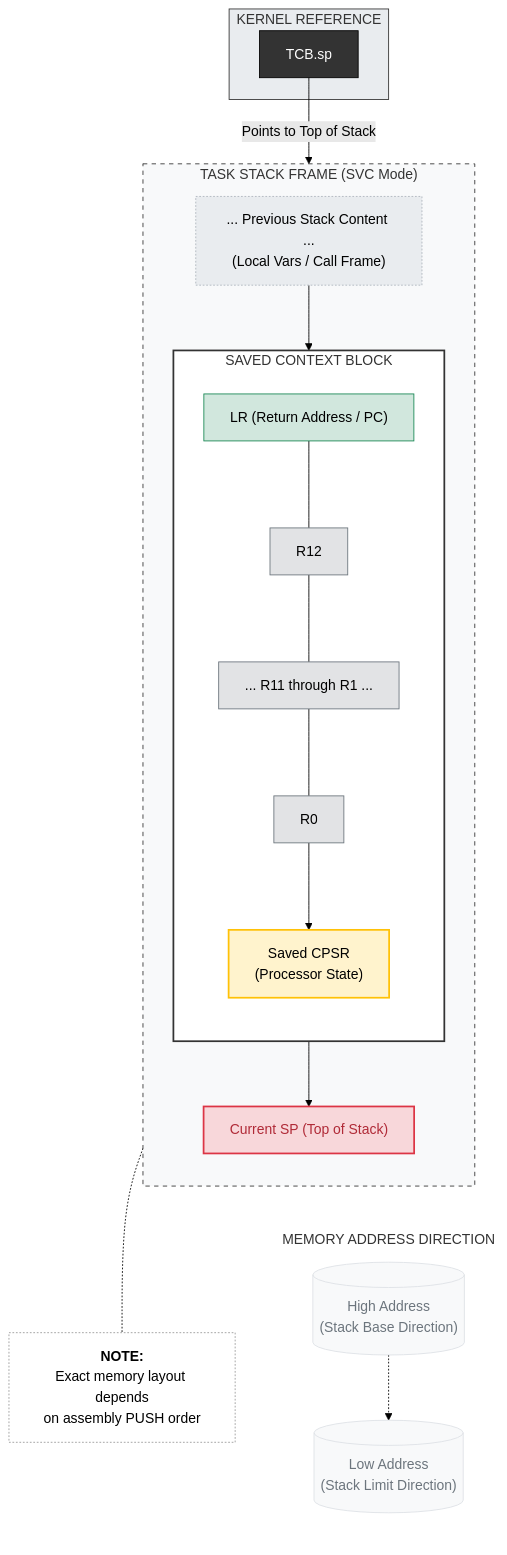
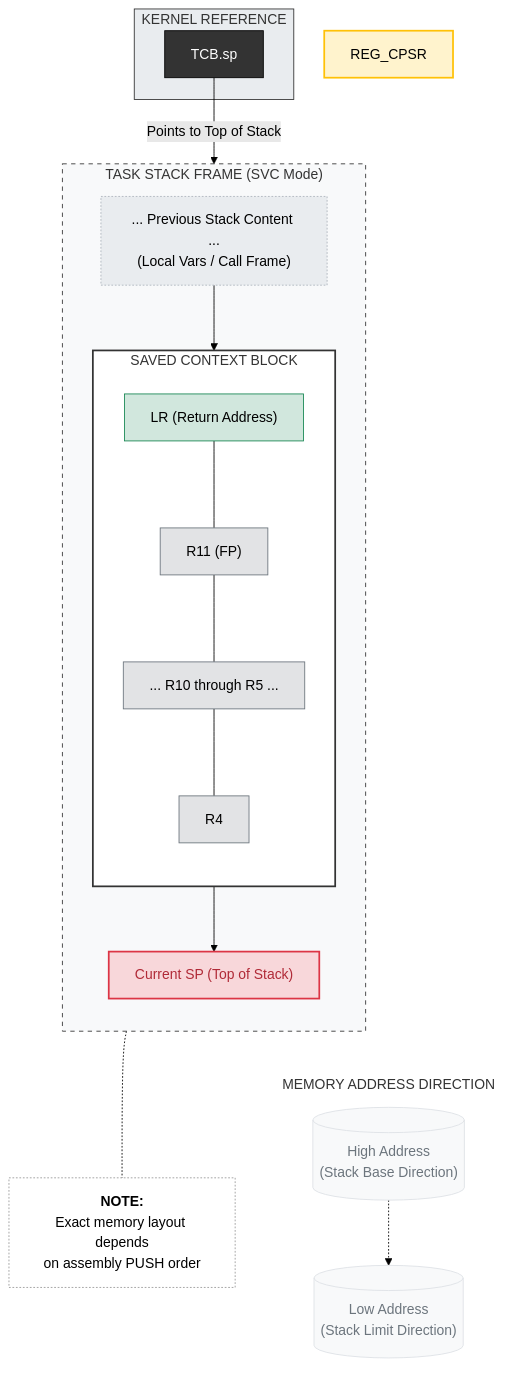
Before and after one commit to Vinalinux-Org/RefARM-OS: the diagram in docs/05_scheduler/diagram/context_switch_stack_frame.mmd, drawn with Mermaid (forest theme). The commit also changed 5 other files, not shown here.

Commit message:
docs: update the  scheduler docs and diagrams

```diff
--- a/docs/05_scheduler/diagram/context_switch_stack_frame.mmd
+++ b/docs/05_scheduler/diagram/context_switch_stack_frame.mmd
@@ -1,93 +1,92 @@
 flowchart TD
     %% =========================================
     %% LAYOUT DEFINITIONS
     %% =========================================
     
     %% --- ADDRESS SPACE ---
     subgraph ADDRESS_SPACE ["MEMORY ADDRESS DIRECTION"]
         direction TB
         HighAddr[("High Address<br/>(Stack Base Direction)")]
         LowAddr[("Low Address<br/>(Stack Limit Direction)")]
         
         HighAddr -.-> LowAddr
     end
 
     %% --- STACK FRAME STRUCTURE ---
     subgraph STACK_FRAME ["TASK STACK FRAME (SVC Mode)"]
         direction TB
         
         %% 1. Previous Stack Content
         PREV_STACK["... Previous Stack Content ...<br/>(Local Vars / Call Frame)"]
         
         %% 2. The Context Block
         subgraph CONTEXT_BLOCK ["SAVED CONTEXT BLOCK"]
             direction TB
             
-            %% Registers (General Purpose)
-            REG_LR["LR (Return Address / PC)"]
-            REG_GPR_HIGH["R12"]
-            REG_GPR_MID["... R11 through R1 ..."]
-            REG_GPR_LOW["R0"]
+            %% Registers (Callee-Saved)
+            REG_LR["LR (Return Address)"]
+            REG_GPR_HIGH["R11 (FP)"]
+            REG_GPR_MID["... R10 through R5 ..."]
+            REG_GPR_LOW["R4"]
             
-            %% Saved State (Label Updated)
-            REG_CPSR["Saved CPSR<br/>(Processor State)"]
+            %% Note: No generic R0-R3 or CPSR needed
+            %% Just standard function call frame
         end
         
         %% 3. Stack Pointer
         SP_PTR["Current SP (Top of Stack)"]
     end
 
     %% --- TCB CONNECTION ---
     subgraph KERNEL ["KERNEL REFERENCE"]
         TCB_SP["TCB.sp"]
     end
     
     %% --- IMPLEMENTATION NOTE (New) ---
     NOTE["<b>NOTE:</b><br/>Exact memory layout depends<br/>on assembly PUSH order"]
 
     %% =========================================
     %% CONNECTIONS
     %% =========================================
     %% Address Flow
     HighAddr ~~~ PREV_STACK
     
     %% Stack Growth
     PREV_STACK --> REG_LR
     REG_LR --- REG_GPR_HIGH --- REG_GPR_MID --- REG_GPR_LOW
-    REG_GPR_LOW --> REG_CPSR
-    REG_CPSR --> SP_PTR
+    REG_GPR_LOW --> SP_PTR
     SP_PTR ~~~ LowAddr
 
     %% TCB Pointer Logic
-    TCB_SP -->|Points to Top of Stack| REG_CPSR
+    TCB_SP -->|Points to Top of Stack| REG_GPR_LOW
     
     %% Note Connection
     CONTEXT_BLOCK -.- NOTE
 
     %% =========================================
     %% STYLING (Engineering Standard)
     %% =========================================
     %% Address Markers
     style ADDRESS_SPACE fill:#fff,stroke:none
     style HighAddr fill:#f8f9fa,stroke:#dee2e6,color:#6c757d
     style LowAddr fill:#f8f9fa,stroke:#dee2e6,color:#6c757d
 
     %% Stack Memory
     style STACK_FRAME fill:#f8f9fa,stroke:#333,stroke-dasharray: 5 5
     style PREV_STACK fill:#e9ecef,stroke:#adb5bd,stroke-dasharray: 2 2
     
     %% Context Block
     style CONTEXT_BLOCK fill:#fff,stroke:#333,stroke-width:2px
     style REG_LR fill:#d1e7dd,stroke:#198754
     style REG_GPR_HIGH fill:#e2e3e5,stroke:#6c757d
     style REG_GPR_MID fill:#e2e3e5,stroke:#6c757d
     style REG_GPR_LOW fill:#e2e3e5,stroke:#6c757d
     
     %% Fixed Label Style
     style REG_CPSR fill:#fff3cd,stroke:#ffc107,stroke-width:2px
     
     %% Pointers & Notes
     style SP_PTR fill:#f8d7da,stroke:#dc3545,color:#b02a37,stroke-width:2px
     style KERNEL fill:#e9ecef,stroke:#333
     style TCB_SP fill:#333,stroke:#000,color:#fff
     style NOTE fill:#fff,stroke:#999,stroke-dasharray: 2 2
```
